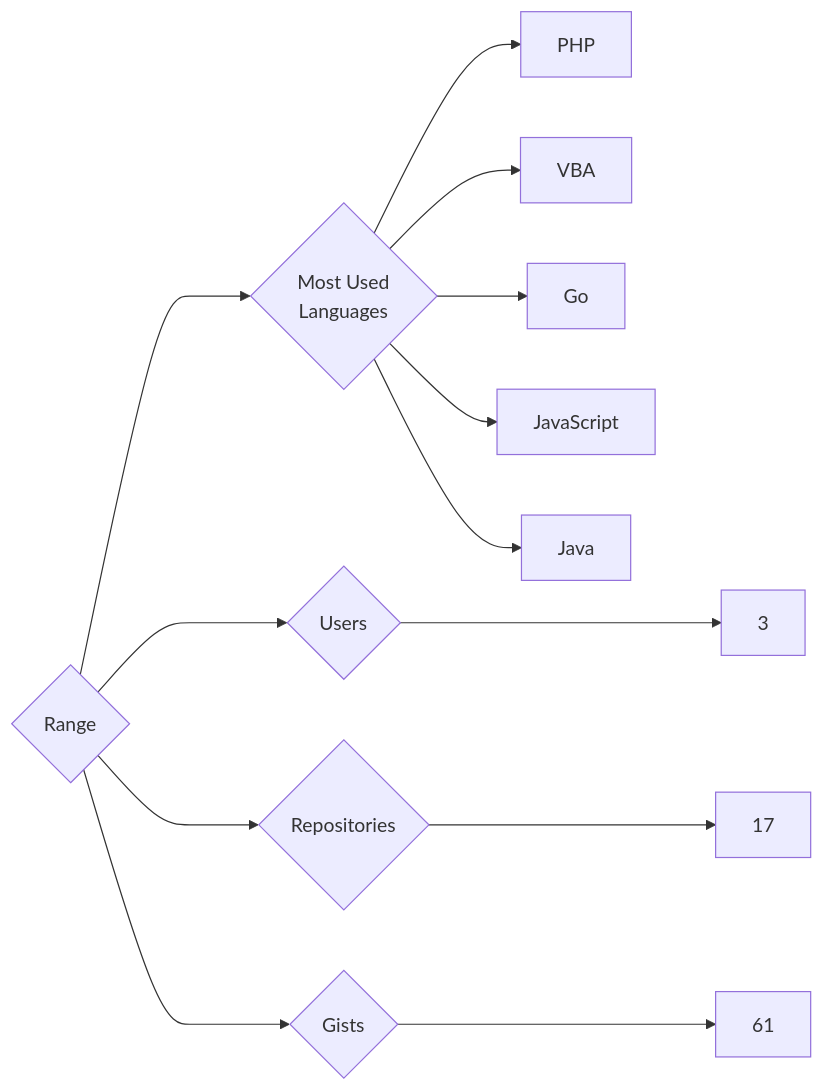
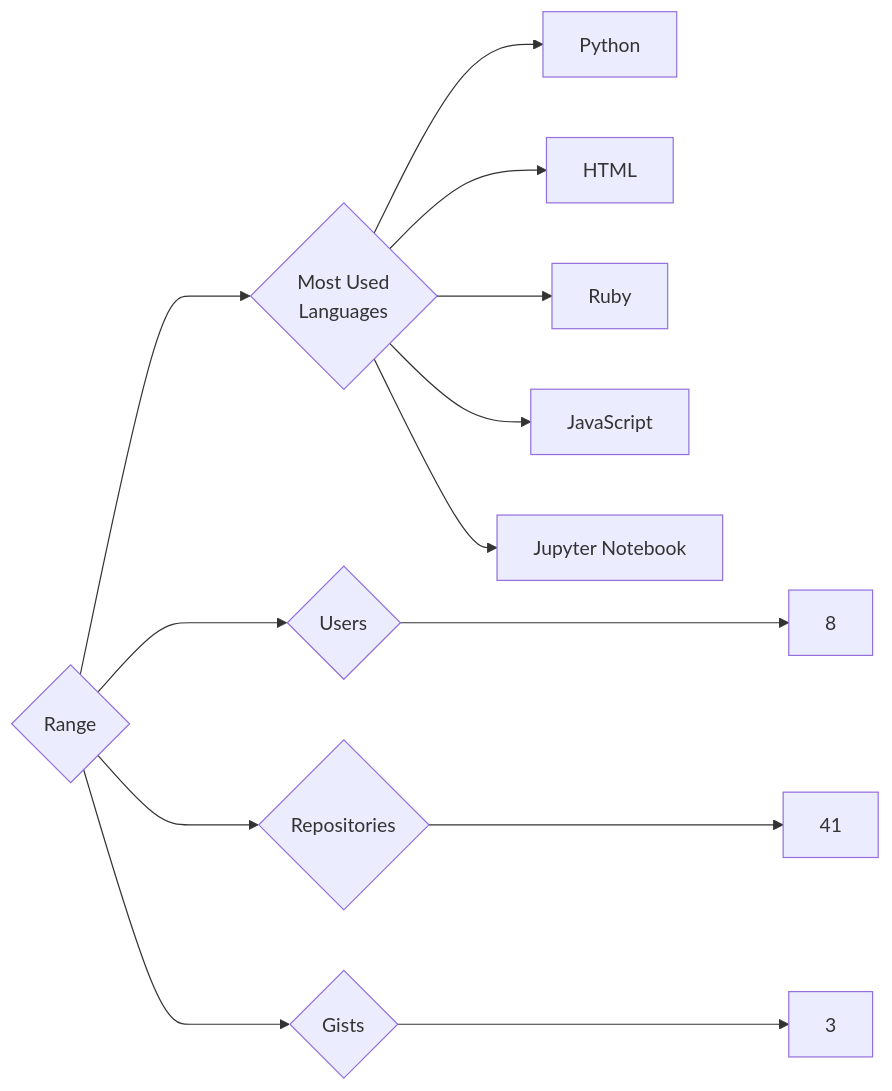
One commit to trickest/insiders changed the diagram in targets/Range/README.md. Above: the diagram before and after it, drawn with Mermaid. The commit also changed 1696 other files, not shown here.

````diff
--- a/targets/Range/README.md
+++ b/targets/Range/README.md
@@ -3,13 +3,13 @@
 ```mermaid
 graph LR
 COMPANY_NAME{Range}
-COMPANY_NAME ---> U{Users} ---> UN[3]
-COMPANY_NAME ---> R{Repositories} ---> RN[17]
-COMPANY_NAME ---> G{Gists} ---> GN[61]
+COMPANY_NAME ---> U{Users} ---> UN[8]
+COMPANY_NAME ---> R{Repositories} ---> RN[41]
+COMPANY_NAME ---> G{Gists} ---> GN[3]
 COMPANY_NAME ---> ML{Most Used<br>Languages}
-ML --> PHP[PHP]
-ML --> VBA[VBA]
-ML --> Go[Go]
+ML --> Python[Python]
+ML --> HTML[HTML]
+ML --> Ruby[Ruby]
 ML --> JavaScript[JavaScript]
-ML --> Java[Java]
+ML --> Jupyter_Notebook[Jupyter Notebook]
 ```
````
